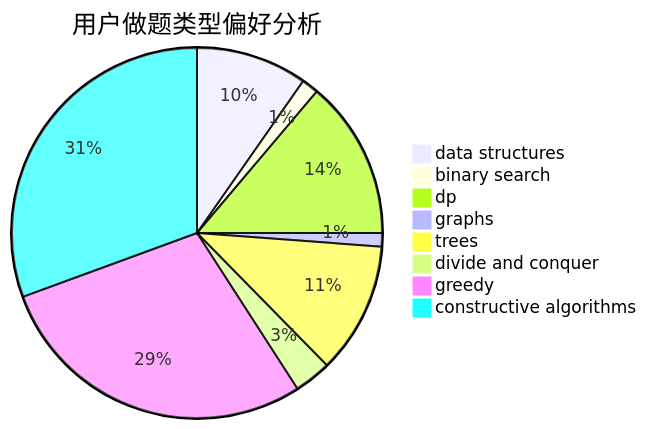
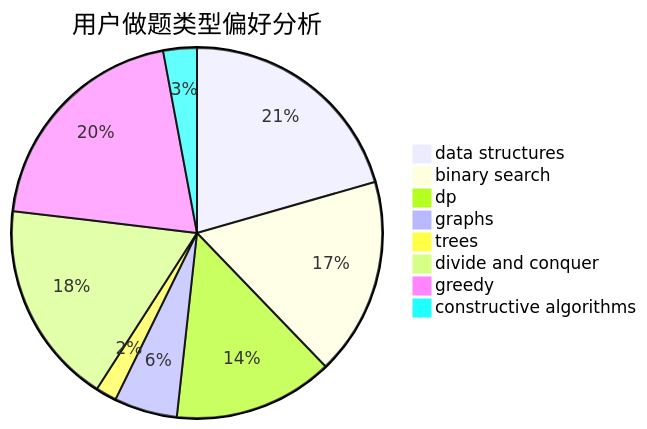
One commit to sherpahu/cfrs.github.io changed the second of 3 diagrams in docs/user/u1217.md. Above: the diagram before and after it, drawn with Mermaid. The commit also changed other lines of this file and 2770 other files, not shown here.

````diff
--- a/docs/user/u1217.md
+++ b/docs/user/u1217.md
@@ -23,11 +23,11 @@
 ```mermaid
 pie title 用户做题类型偏好分析
-    "data structures" :  33
-    "binary search" :  5
-    "dp" :  47
-    "graphs" :  4
-    "trees" :  39
-    "divide and conquer" :  11
-    "greedy" :  97
-    "constructive algorithms" :  104
+    "data structures" :  112
+    "binary search" :  94
+    "dp" :  76
+    "graphs" :  30
+    "trees" :  10
+    "divide and conquer" :  97
+    "greedy" :  110
+    "constructive algorithms" :  16
 ```
````
